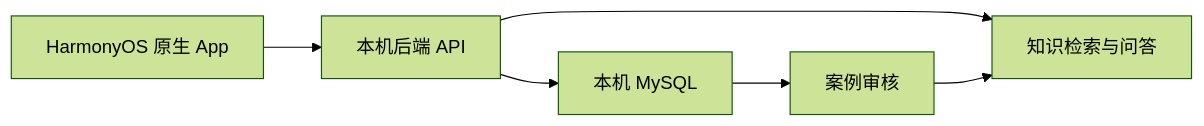
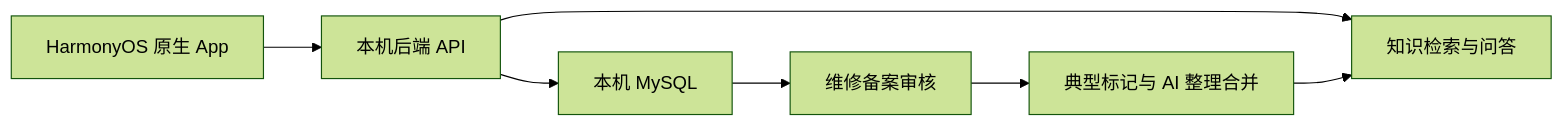
The diagram in docs/development-plan.md (Sek1ro-oka/zafu-pchospital-harmonyos), drawn with Mermaid (forest theme) before and after one commit. The commit also changed other lines of this file and 4 other files, not shown here.

````diff
--- a/docs/development-plan.md
+++ b/docs/development-plan.md
@@ -48,8 +48,9 @@
 ```mermaid
 flowchart LR
   App[HarmonyOS 原生 App] --> API[本机后端 API]
   API --> DB[本机 MySQL]
   API --> AI[知识检索与问答]
-  DB --> Review[案例审核]
-  Review --> AI
+  DB --> Review[维修备案审核]
+  Review --> Typical[典型标记与 AI 整理合并]
+  Typical --> AI
 ```
````
